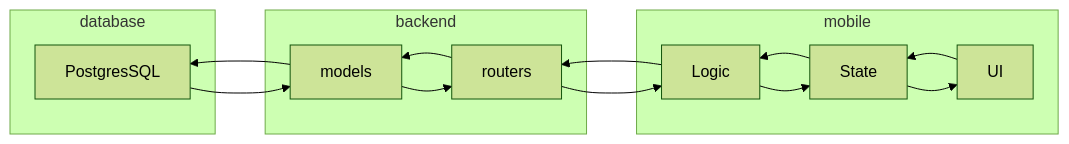
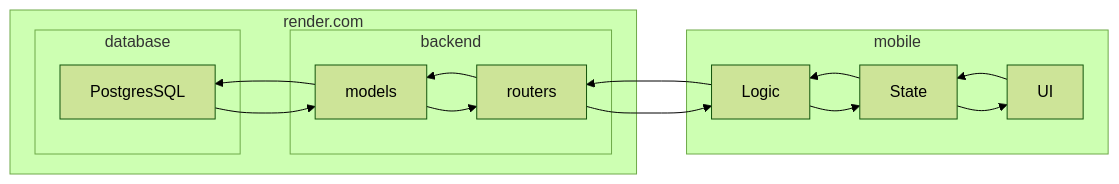
The second of 3 diagrams in README.md (DorYanay/SoluTrain-Mobile-APP), drawn with Mermaid (forest theme) before and after one commit. The commit also changed other lines of this file, not shown here.

````diff
--- a/README.md
+++ b/README.md
@@ -141,21 +142,23 @@
 ```mermaid
 flowchart RL
   subgraph mobile
     UI --> State --> Logic
   end
   Logic --> routers
-  subgraph backend
-    routers --> models
-  end
-  subgraph database
-    models --> PostgresSQL
-    PostgresSQL --> models
-  end
-  subgraph backend
-    models --> routers
+  subgraph render.com
+    subgraph backend
+      routers --> models
+    end
+    subgraph database
+      models --> PostgresSQL
+      PostgresSQL --> models
+    end
+    subgraph backend
+      models --> routers
+    end
   end
   routers --> Logic
   subgraph mobile
     Logic --> State --> UI
   end
 ```
````
